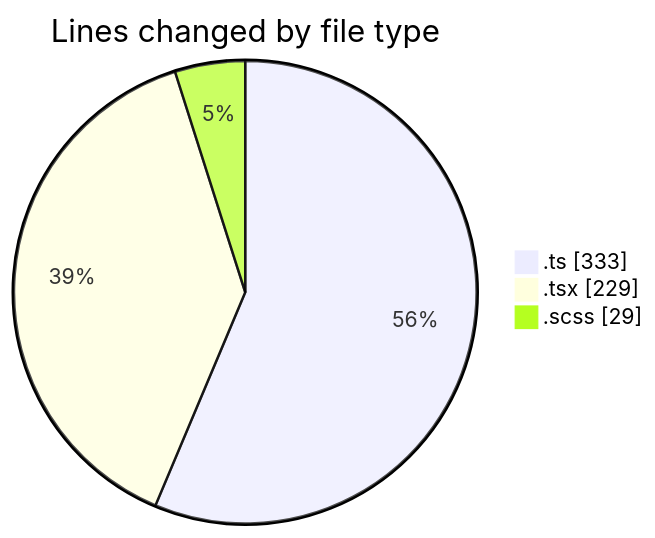
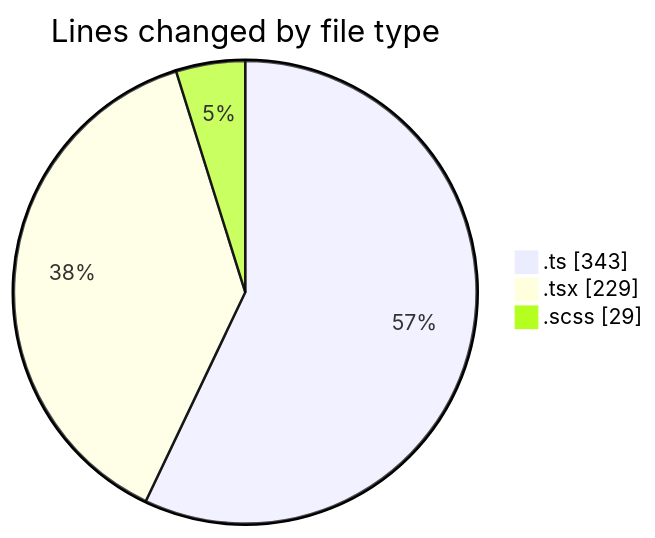
One commit to momahboobian/code-tracking changed the first of 2 diagrams in 2026-03-18/cda/README.md. Above: the diagram before and after it, drawn with Mermaid. The commit also changed other lines of this file and 1 other file, not shown here.

````diff
--- a/2026-03-18/cda/README.md
+++ b/2026-03-18/cda/README.md
@@ -24,7 +24,7 @@
 ```mermaid
 pie showData
 title Lines changed by file type
-".ts" : 333
+".ts" : 343
 ".tsx" : 229
 ".scss" : 29
 ```
````
